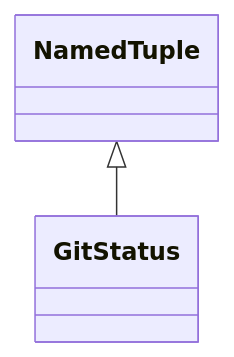
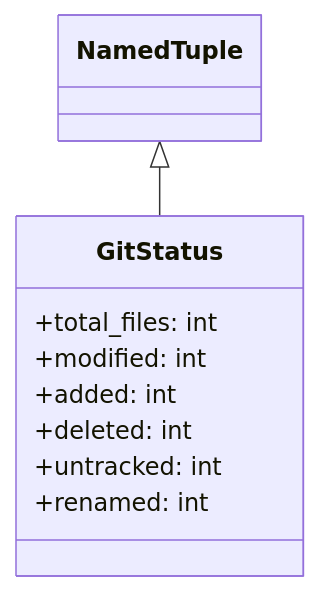
The second of 3 diagrams in design/autocode/core/git/git_analyzer_items.md (Brunvelop/autocode), drawn with Mermaid before and after one commit. The commit also changed other lines of this file and 22 other files, not shown here.

````diff
--- a/design/autocode/core/git/git_analyzer_items.md
+++ b/design/autocode/core/git/git_analyzer_items.md
@@ -33,7 +39,13 @@
 ```mermaid
 classDiagram
     class GitStatus {
+        +total_files: int
+        +modified: int
+        +added: int
+        +deleted: int
+        +untracked: int
+        +renamed: int
     }
     NamedTuple <|-- GitStatus
 
 ```
````
